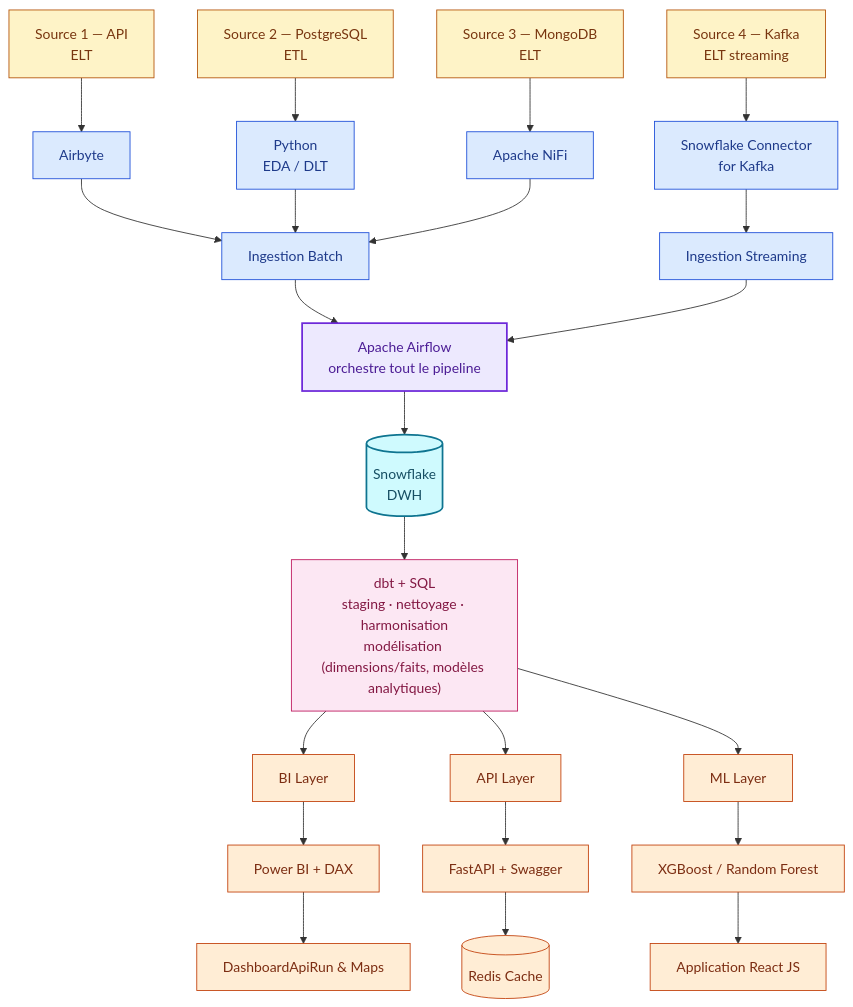
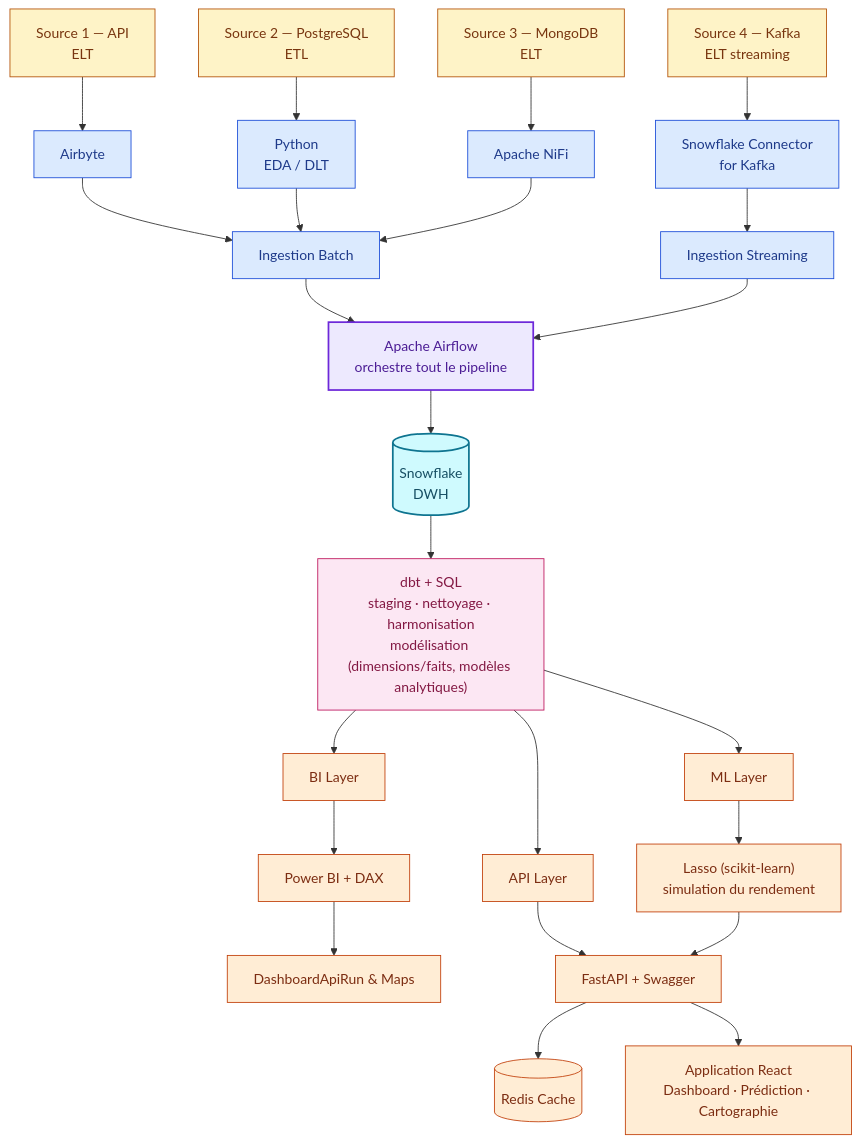
Before and after one commit to abdoudjigo/assaman-suuf: the first of 2 diagrams in README.md, drawn with Mermaid. The commit also changed other lines of this file and 520 other files, not shown here.

````diff
--- a/README.md
+++ b/README.md
@@ -60,46 +60,47 @@
 ```mermaid
 flowchart TD
     S1["Source 1 — API<br/>ELT"] --> A[Airbyte]
     S2["Source 2 — PostgreSQL<br/>ETL"] --> P["Python<br/>EDA / DLT"]
     S3["Source 3 — MongoDB<br/>ELT"] --> N[Apache NiFi]
     S4["Source 4 — Kafka<br/>ELT streaming"] --> K["Snowflake Connector<br/>for Kafka"]
 
     A --> INB[Ingestion Batch]
     P --> INB
     N --> INB
     K --> INS[Ingestion Streaming]
 
     INB --> ORCH["Apache Airflow<br/>orchestre tout le pipeline"]
     INS --> ORCH
 
     ORCH --> SF[("Snowflake<br/>DWH")]
 
     SF --> DBT["dbt + SQL<br/>staging · nettoyage · harmonisation<br/>modélisation (dimensions/faits, modèles analytiques)"]
 
     DBT --> BI[BI Layer]
     DBT --> API[API Layer]
     DBT --> ML[ML Layer]
 
     BI --> PBI["Power BI + DAX"]
     PBI --> DASH["DashboardApiRun & Maps"]
 
     API --> FA["FastAPI + Swagger"]
     FA --> REDIS[("Redis Cache")]
 
-    ML --> MOD["XGBoost / Random Forest"]
-    MOD --> RJS["Application React JS"]
+    ML --> MOD["Lasso (scikit-learn)<br/>simulation du rendement"]
+    MOD --> FA
+    FA --> RJS["Application React<br/>Dashboard · Prédiction · Cartographie"]
 
     classDef source fill:#FEF3C7,stroke:#B45309,stroke-width:1px,color:#78350F
     classDef ingest fill:#DBEAFE,stroke:#1D4ED8,stroke-width:1px,color:#1E3A8A
     classDef orch fill:#EDE9FE,stroke:#6D28D9,stroke-width:2px,color:#4C1D95
     classDef dwh fill:#CFFAFE,stroke:#0E7490,stroke-width:2px,color:#164E63
     classDef transform fill:#FCE7F3,stroke:#BE185D,stroke-width:1px,color:#831843
     classDef layer fill:#FFEDD5,stroke:#C2410C,stroke-width:1px,color:#7C2D12
 
     class S1,S2,S3,S4 source
     class A,P,N,K,INB,INS ingest
     class ORCH orch
     class SF dwh
     class DBT transform
     class BI,API,ML,PBI,DASH,FA,REDIS,MOD,RJS layer
 ```
````
